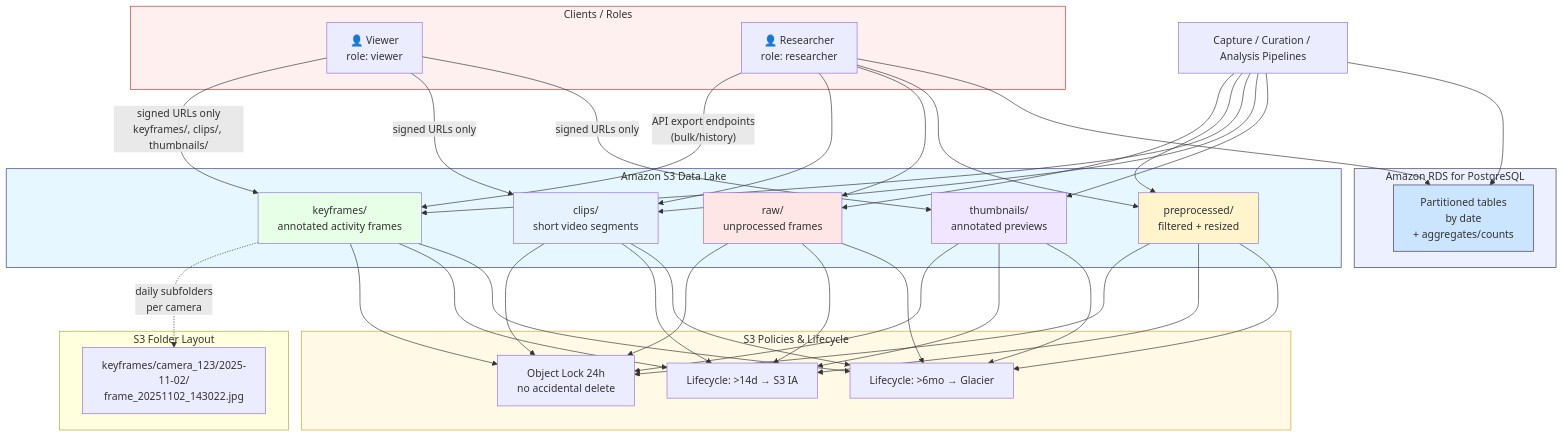
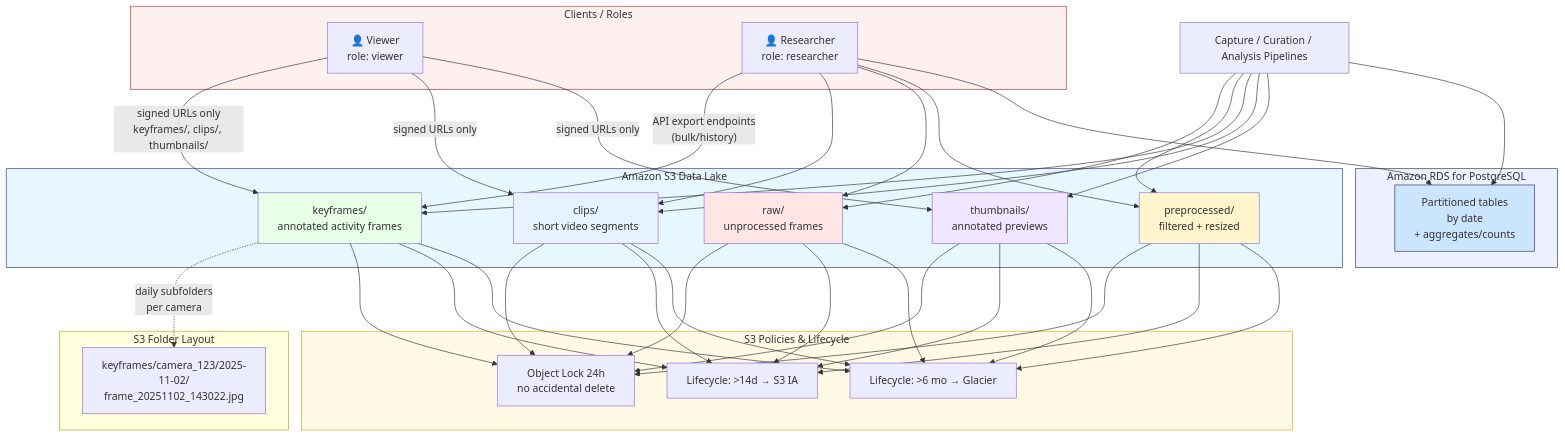
The diagram in test.mmd (zChen-1/Projects-in-school), drawn with Mermaid before and after one commit.

```diff
--- a/test.mmd
+++ b/test.mmd
@@ -1,81 +1,81 @@
 graph TB
 
     subgraph Clients["Clients / Roles"]
         VIEWER["👤 Viewer<br/>role: viewer"]
         RESEARCHER["👤 Researcher<br/>role: researcher"]
     end
 
     subgraph S3Lake["Amazon S3 Data Lake"]
         RAW["raw/<br/>unprocessed frames"]
         PRE["preprocessed/<br/>filtered + resized"]
         KF["keyframes/<br/>annotated activity frames"]
         CLIPS["clips/<br/>short video segments"]
         THUMBS["thumbnails/<br/>annotated previews"]
     end
 
     subgraph Org["S3 Folder Layout"]
         EX1["keyframes/camera_123/2025-11-02/<br/>frame_20251102_143022.jpg"]
     end
 
     subgraph Policies["S3 Policies & Lifecycle"]
         LOCK["Object Lock 24h<br/>no accidental delete"]
         IA["Lifecycle: >14d → S3 IA"]
-        GLACIER["Lifecycle: >6mo → Glacier"]
+        GLACIER["Lifecycle: >6 mo → Glacier"]
     end
 
     subgraph Metadata["Amazon RDS for PostgreSQL"]
         RDS["Partitioned tables<br/>by date<br/>+ aggregates/counts"]
     end
 
     %% Flow from ingestion/processing (implicit producer)
     PROC["Capture / Curation / Analysis Pipelines"] --> RAW
     PROC --> PRE
     PROC --> KF
     PROC --> CLIPS
     PROC --> THUMBS
     PROC --> RDS
 
     %% Folder organization
     KF -. "daily subfolders<br/>per camera" .-> EX1
 
     %% Policies apply to all S3 zones
     RAW --> LOCK
     PRE --> LOCK
     KF --> LOCK
     CLIPS --> LOCK
     THUMBS --> LOCK
 
     RAW --> IA
     PRE --> IA
     KF --> IA
     CLIPS --> IA
     THUMBS --> IA
 
     RAW --> GLACIER
     PRE --> GLACIER
     KF --> GLACIER
     CLIPS --> GLACIER
     THUMBS --> GLACIER
 
     %% Access control
     VIEWER -->|"signed URLs only<br/>keyframes/, clips/, thumbnails/"| KF
     VIEWER -->|"signed URLs only"| CLIPS
     VIEWER -->|"signed URLs only"| THUMBS
 
     RESEARCHER -->|"API export endpoints<br/>(bulk/history)"| KF
     RESEARCHER --> CLIPS
     RESEARCHER --> RAW
     RESEARCHER --> PRE
     RESEARCHER --> RDS
 
     %% Styling
     style S3Lake fill:#e6f7ff,stroke:#339,stroke-width:1px
     style RAW fill:#ffe6e6
     style PRE fill:#fff4cc
     style KF fill:#e6ffe6
     style CLIPS fill:#e6f3ff
     style THUMBS fill:#f0e6ff
     style Metadata fill:#edf0ff,stroke:#335,stroke-width:1px
     style RDS fill:#cce5ff,stroke:#335,stroke-width:1px
     style Policies fill:#fff9e6,stroke:#d9a520,stroke-width:1px
     style Clients fill:#fff0f0,stroke:#c33,stroke-width:1px
```
